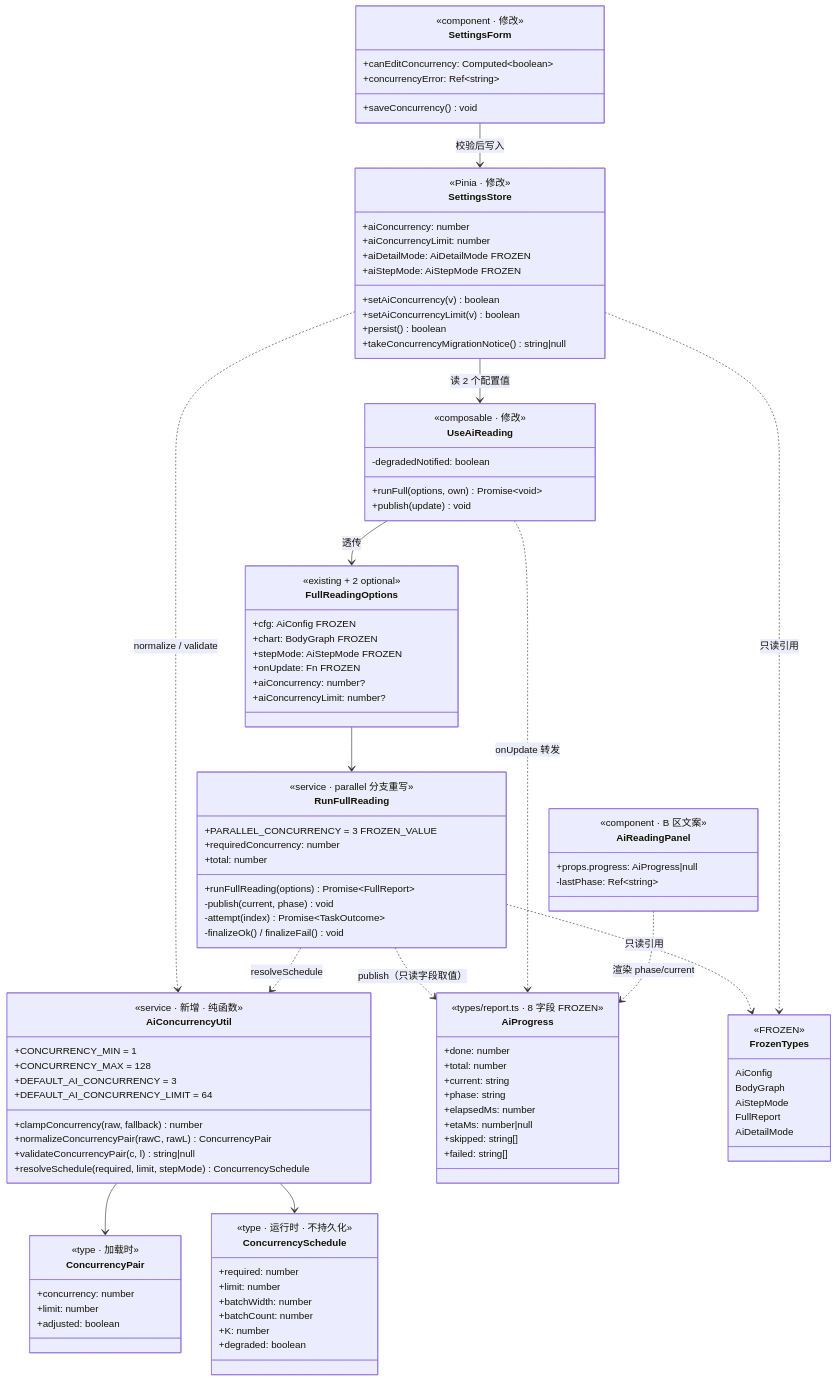
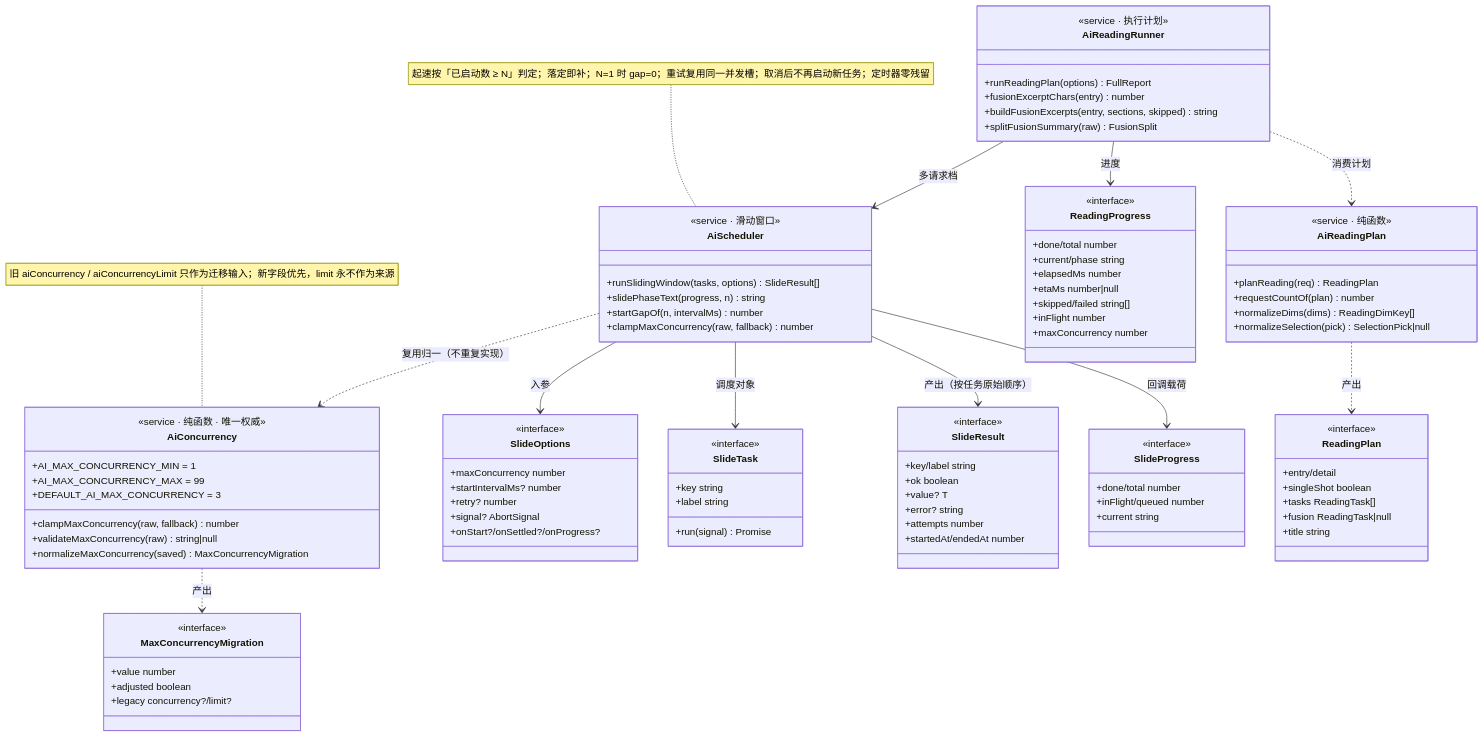
One commit to byazlle/human-design-tool changed the diagram in docs/concurrency-class-diagram.mermaid. Above: the diagram before and after it, drawn with Mermaid. The commit also changed 89 other files, not shown here.

```diff
--- a/docs/concurrency-class-diagram.mermaid
+++ b/docs/concurrency-class-diagram.mermaid
@@ -1,108 +1,112 @@
+%% v4.0.0 并发模型类图：单旋钮（aiMaxConcurrency 1–99）+ 滑动窗口调度。
+%% 旧的双参数（aiConcurrency / aiConcurrencyLimit）与 resolveSchedule 已移除。
 classDiagram
     direction TB
-    class AiConcurrencyUtil {
-        <<service · 新增 · 纯函数>>
-        +CONCURRENCY_MIN = 1
-        +CONCURRENCY_MAX = 128
-        +DEFAULT_AI_CONCURRENCY = 3
-        +DEFAULT_AI_CONCURRENCY_LIMIT = 64
-        +clampConcurrency(raw, fallback) number
-        +normalizeConcurrencyPair(rawC, rawL) ConcurrencyPair
-        +validateConcurrencyPair(c, l) string|null
-        +resolveSchedule(required, limit, stepMode) ConcurrencySchedule
-    }
-    class ConcurrencyPair {
-        <<type · 加载时>>
-        +concurrency: number
-        +limit: number
-        +adjusted: boolean
-    }
-    class ConcurrencySchedule {
-        <<type · 运行时 · 不持久化>>
-        +required: number
-        +limit: number
-        +batchWidth: number
-        +batchCount: number
-        +K: number
-        +degraded: boolean
-    }
-    class SettingsStore {
-        <<Pinia · 修改>>
-        +aiConcurrency: number
-        +aiConcurrencyLimit: number
-        +aiDetailMode: AiDetailMode FROZEN
-        +aiStepMode: AiStepMode FROZEN
-        +setAiConcurrency(v) boolean
-        +setAiConcurrencyLimit(v) boolean
-        +persist() boolean
-        +takeConcurrencyMigrationNotice() string|null
-    }
-    class SettingsForm {
-        <<component · 修改>>
-        +canEditConcurrency: Computed~boolean~
-        +concurrencyError: Ref~string~
-        +saveConcurrency() void
-    }
-    class FullReadingOptions {
-        <<existing + 2 optional>>
-        +cfg: AiConfig FROZEN
-        +chart: BodyGraph FROZEN
-        +stepMode: AiStepMode FROZEN
-        +onUpdate: Fn FROZEN
-        +aiConcurrency: number?
-        +aiConcurrencyLimit: number?
-    }
-    class RunFullReading {
-        <<service · parallel 分支重写>>
-        +PARALLEL_CONCURRENCY = 3 FROZEN_VALUE
-        +requiredConcurrency: number
-        +total: number
-        +runFullReading(options) Promise~FullReport~
-        -publish(current, phase) void
-        -attempt(index) Promise~TaskOutcome~
-        -finalizeOk() / finalizeFail() void
-    }
-    class UseAiReading {
-        <<composable · 修改>>
-        +runFull(options, own) Promise~void~
-        -degradedNotified: boolean
-        +publish(update) void
-    }
-    class AiProgress {
-        <<types/report.ts · 8 字段 FROZEN>>
-        +done: number
-        +total: number
-        +current: string
-        +phase: string
-        +elapsedMs: number
-        +etaMs: number|null
-        +skipped: string[]
-        +failed: string[]
-    }
-    class AiReadingPanel {
-        <<component · B 区文案>>
-        +props.progress: AiProgress|null
-        -lastPhase: Ref~string~
-    }
-    class FrozenTypes {
-        <<FROZEN>>
-        AiConfig
-        BodyGraph
-        AiStepMode
-        FullReport
-        AiDetailMode
+
+    class AiConcurrency {
+        <<service · 纯函数 · 唯一权威>>
+        +AI_MAX_CONCURRENCY_MIN = 1
+        +AI_MAX_CONCURRENCY_MAX = 99
+        +DEFAULT_AI_MAX_CONCURRENCY = 3
+        +clampMaxConcurrency(raw, fallback) number
+        +validateMaxConcurrency(raw) string|null
+        +normalizeMaxConcurrency(saved) MaxConcurrencyMigration
     }
 
-    SettingsForm --> SettingsStore : 校验后写入
-    SettingsStore ..> AiConcurrencyUtil : normalize / validate
-    AiConcurrencyUtil --> ConcurrencyPair
-    AiConcurrencyUtil --> ConcurrencySchedule
-    SettingsStore --> UseAiReading : 读 2 个配置值
-    UseAiReading --> FullReadingOptions : 透传
-    FullReadingOptions --> RunFullReading
-    RunFullReading ..> AiConcurrencyUtil : resolveSchedule
-    RunFullReading ..> AiProgress : publish（只读字段取值）
-    UseAiReading ..> AiProgress : onUpdate 转发
-    AiReadingPanel ..> AiProgress : 渲染 phase/current
-    RunFullReading ..> FrozenTypes : 只读引用
-    SettingsStore ..> FrozenTypes : 只读引用
+    class MaxConcurrencyMigration {
+        <<interface>>
+        +value number
+        +adjusted boolean
+        +legacy concurrency?/limit?
+    }
+
+    class AiScheduler {
+        <<service · 滑动窗口>>
+        +runSlidingWindow(tasks, options) SlideResult[]
+        +slidePhaseText(progress, n) string
+        +startGapOf(n, intervalMs) number
+        +clampMaxConcurrency(raw, fallback) number
+    }
+
+    class SlideOptions {
+        <<interface>>
+        +maxConcurrency number
+        +startIntervalMs? number
+        +retry? number
+        +signal? AbortSignal
+        +onStart?/onSettled?/onProgress?
+    }
+
+    class SlideTask {
+        <<interface>>
+        +key string
+        +label string
+        +run(signal) Promise
+    }
+
+    class SlideResult {
+        <<interface>>
+        +key/label string
+        +ok boolean
+        +value? T
+        +error? string
+        +attempts number
+        +startedAt/endedAt number
+    }
+
+    class SlideProgress {
+        <<interface>>
+        +done/total number
+        +inFlight/queued number
+        +current string
+    }
+
+    class AiReadingRunner {
+        <<service · 执行计划>>
+        +runReadingPlan(options) FullReport
+        +fusionExcerptChars(entry) number
+        +buildFusionExcerpts(entry, sections, skipped) string
+        +splitFusionSummary(raw) FusionSplit
+    }
+
+    class AiReadingPlan {
+        <<service · 纯函数>>
+        +planReading(req) ReadingPlan
+        +requestCountOf(plan) number
+        +normalizeDims(dims) ReadingDimKey[]
+        +normalizeSelection(pick) SelectionPick|null
+    }
+
+    class ReadingPlan {
+        <<interface>>
+        +entry/detail
+        +singleShot boolean
+        +tasks ReadingTask[]
+        +fusion ReadingTask|null
+        +title string
+    }
+
+    class ReadingProgress {
+        <<interface>>
+        +done/total number
+        +current/phase string
+        +elapsedMs number
+        +etaMs number|null
+        +skipped/failed string[]
+        +inFlight number
+        +maxConcurrency number
+    }
+
+    AiConcurrency ..> MaxConcurrencyMigration : 产出
+    AiScheduler ..> AiConcurrency : 复用归一（不重复实现）
+    AiScheduler --> SlideOptions : 入参
+    AiScheduler --> SlideTask : 调度对象
+    AiScheduler --> SlideResult : 产出（按任务原始顺序）
+    AiScheduler --> SlideProgress : 回调载荷
+    AiReadingRunner --> AiScheduler : 多请求档
+    AiReadingRunner --> ReadingProgress : 进度
+    AiReadingRunner ..> AiReadingPlan : 消费计划
+    AiReadingPlan ..> ReadingPlan : 产出
+
+    note for AiScheduler "起速按「已启动数 ≥ N」判定；落定即补；N=1 时 gap=0；重试复用同一并发槽；取消后不再启动新任务；定时器零残留"
+    note for AiConcurrency "旧 aiConcurrency / aiConcurrencyLimit 只作为迁移输入；新字段优先，limit 永不作为来源"
```
